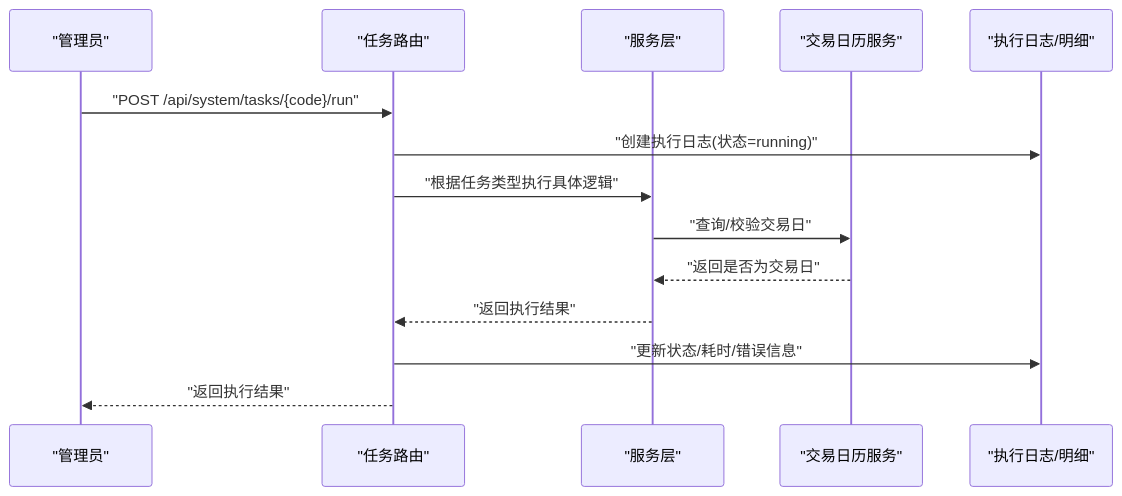
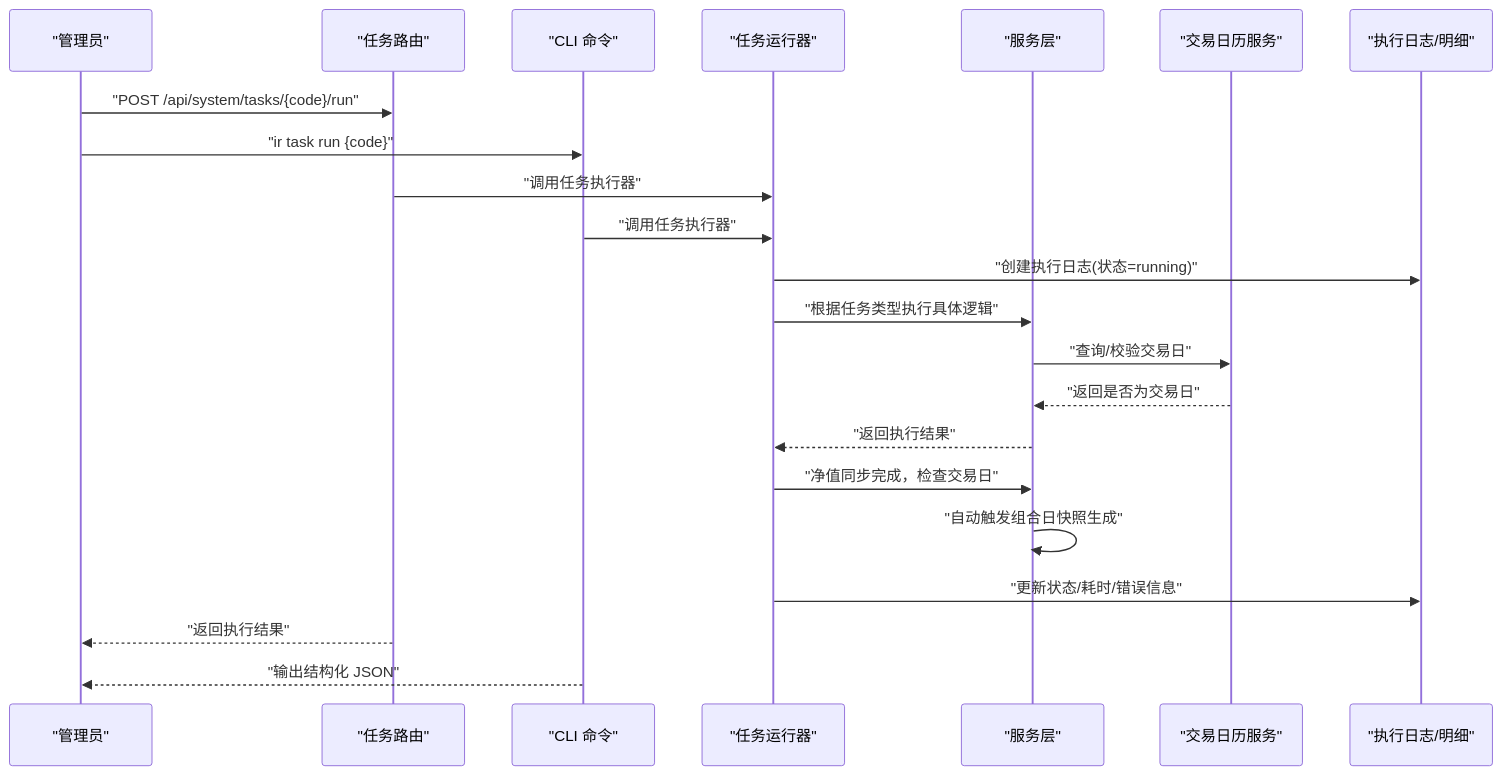
The second of 14 diagrams in .qoder/repowiki/zh/content/任务调度系统/任务调度系统.md (gujialind/InvestRing), drawn with Mermaid before and after one commit. The commit also changed other lines of this file and 44 other files, not shown here.

First line of the commit message:
docs(cli): 添加 InvestRing Admin CLI 工具和 API 文档工具集的详细文档

````diff
--- a/.qoder/repowiki/zh/content/任务调度系统/任务调度系统.md
+++ b/.qoder/repowiki/zh/content/任务调度系统/任务调度系统.md
@@ -122,16 +144,24 @@
 ```mermaid
 sequenceDiagram
 participant Admin as "管理员"
 participant API as "任务路由"
+participant CLI as "CLI 命令"
+participant Runner as "任务运行器"
 participant Svc as "服务层"
 participant Cal as "交易日历服务"
 participant Log as "执行日志/明细"
 Admin->>API : "POST /api/system/tasks/{code}/run"
-API->>Log : "创建执行日志(状态=running)"
-API->>Svc : "根据任务类型执行具体逻辑"
+Admin->>CLI : "ir task run {code}"
+API->>Runner : "调用任务执行器"
+CLI->>Runner : "调用任务执行器"
+Runner->>Log : "创建执行日志(状态=running)"
+Runner->>Svc : "根据任务类型执行具体逻辑"
 Svc->>Cal : "查询/校验交易日"
 Cal-->>Svc : "返回是否为交易日"
-Svc-->>API : "返回执行结果"
-API->>Log : "更新状态/耗时/错误信息"
+Svc-->>Runner : "返回执行结果"
+Runner->>Svc : "净值同步完成，检查交易日"
+Svc->>Svc : "自动触发组合日快照生成"
+Runner->>Log : "更新状态/耗时/错误信息"
 API-->>Admin : "返回执行结果"
+CLI-->>Admin : "输出结构化 JSON"
 ```
````
